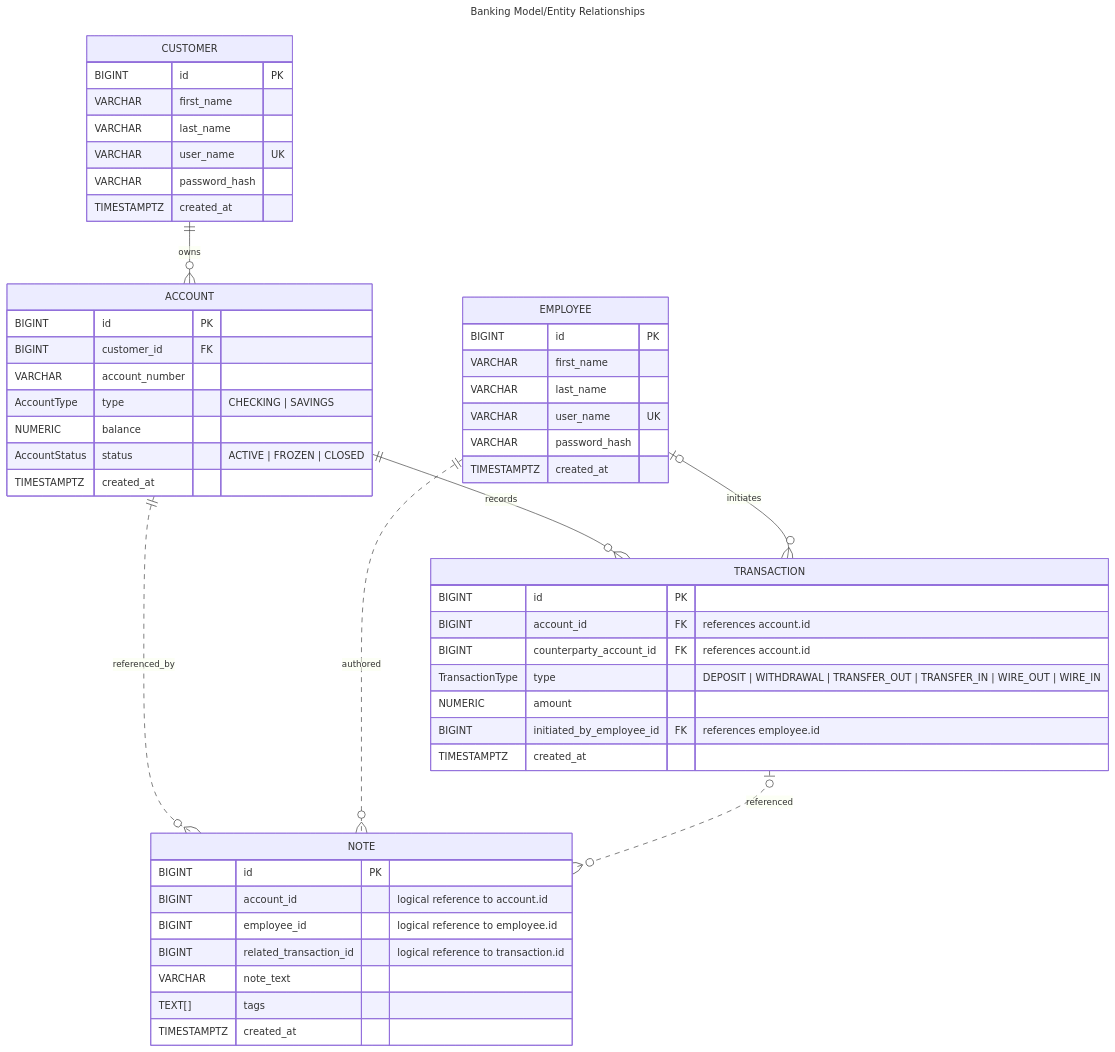
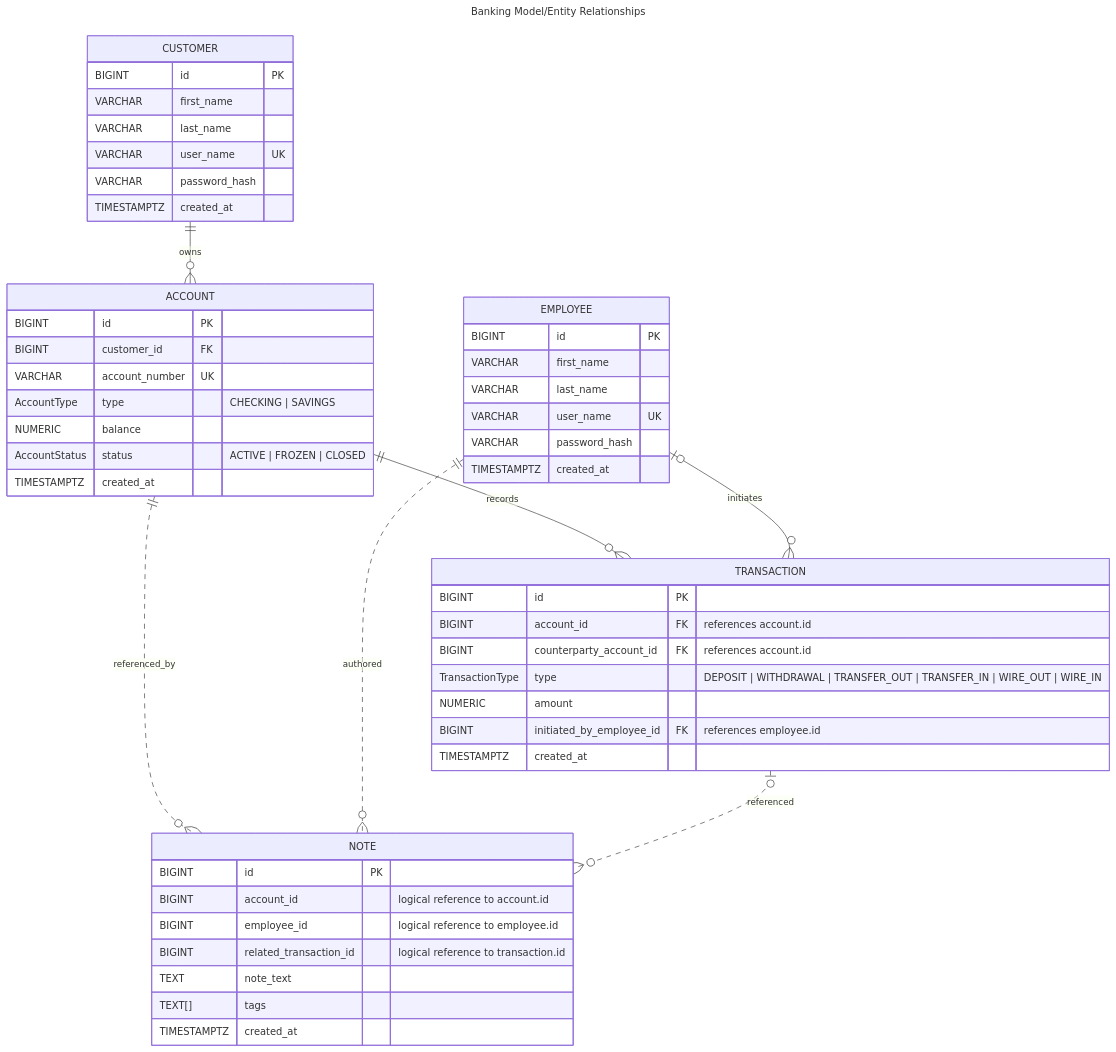
Before and after one commit to schectma/P1BankingApp: the diagram in ERD.md, drawn with Mermaid.

Commit message:
note_text type; account_number unique

````diff
--- a/ERD.md
+++ b/ERD.md
@@ -1,56 +1,56 @@
 ```mermaid
 ---
 title: Banking Model/Entity Relationships
 ---
 erDiagram
     CUSTOMER ||--o{ ACCOUNT : owns
     ACCOUNT ||--o{ TRANSACTION : records
     EMPLOYEE o|--o{ TRANSACTION : initiates
     ACCOUNT ||..o{ NOTE : referenced_by
     EMPLOYEE ||..o{ NOTE : authored
     TRANSACTION o|..o{ NOTE : referenced
 
     CUSTOMER{
         BIGINT id PK
         VARCHAR first_name
         VARCHAR last_name
         VARCHAR user_name UK
         VARCHAR password_hash 
         TIMESTAMPTZ created_at
     }
     ACCOUNT{
         BIGINT id PK
         BIGINT customer_id FK
-        VARCHAR account_number
+        VARCHAR account_number UK
         AccountType type "CHECKING | SAVINGS"
         NUMERIC balance
         AccountStatus status "ACTIVE | FROZEN | CLOSED"
         TIMESTAMPTZ created_at
     }
     EMPLOYEE{
         BIGINT id PK
         VARCHAR first_name
         VARCHAR last_name
         VARCHAR user_name UK
         VARCHAR password_hash
         TIMESTAMPTZ created_at
     }
     TRANSACTION{
         BIGINT id PK
         BIGINT account_id FK "references account.id"
         BIGINT counterparty_account_id FK "references account.id"
         TransactionType type "DEPOSIT | WITHDRAWAL | TRANSFER_OUT | TRANSFER_IN | WIRE_OUT | WIRE_IN"
         NUMERIC amount
         BIGINT initiated_by_employee_id FK "references employee.id"
         TIMESTAMPTZ created_at
     }
     NOTE{
         BIGINT id PK
         BIGINT account_id "logical reference to account.id"
         BIGINT employee_id "logical reference to employee.id"
         BIGINT related_transaction_id "logical reference to transaction.id"
-        VARCHAR note_text
+        TEXT note_text
         TEXT[] tags
         TIMESTAMPTZ created_at
     }
 ```
````
